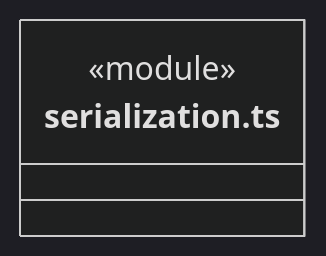
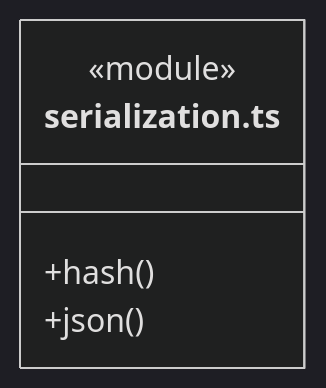
The seventh of 8 diagrams in src/backend/core/foundation/ARCHITECTURE.md (nan023062/cbim), drawn with Mermaid (dark theme) before and after one commit. The commit also changed other lines of this file and 240 other files, not shown here.

````diff
--- a/src/backend/core/foundation/ARCHITECTURE.md
+++ b/src/backend/core/foundation/ARCHITECTURE.md
@@ -94,6 +106,8 @@
 ```mermaid
 classDiagram
 class N_src_backend_core_foundation_serialization_ts["serialization.ts"] {
   <<module>>
+  +hash()
+  +json()
 }
 ```
````
